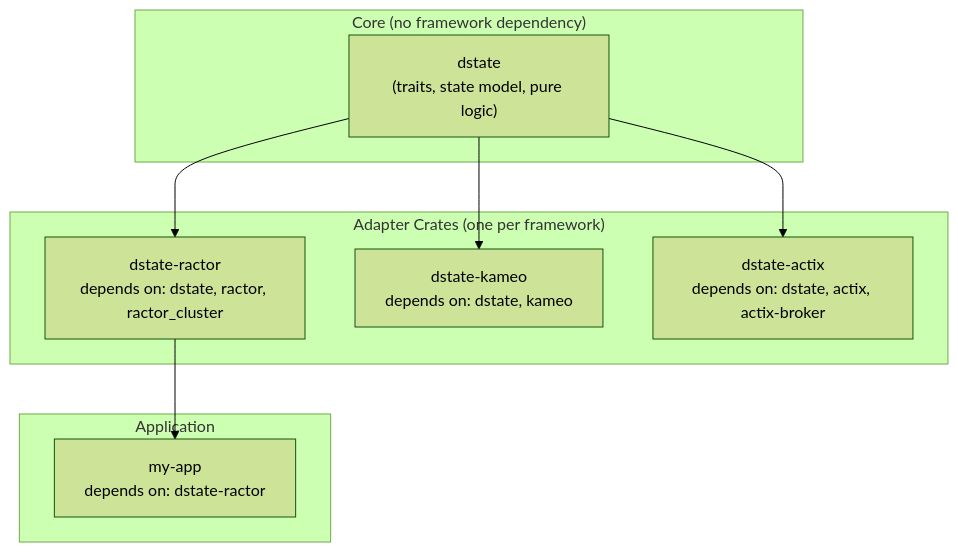
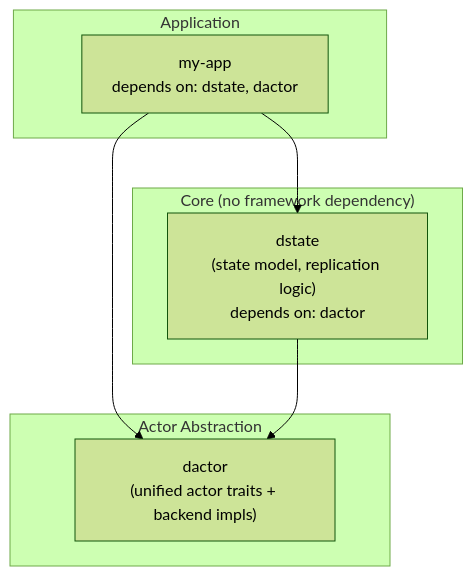
Diagram 14 of 22 in docs/distributed-state-design.md (Yaming-Hub/dstate), drawn with Mermaid (forest theme) before and after one commit. The commit also changed other lines of this file and 30 other files, not shown here.

First line of the commit message:
feat!: migrate dstate to dactor framework (v1.0.0)

````diff
--- a/docs/distributed-state-design.md
+++ b/docs/distributed-state-design.md
@@ -1155,21 +1067,18 @@
 ```mermaid
 graph TD
-    subgraph "Core (no framework dependency)"
-        Core["dstate<br/>(traits, state model, pure logic)"]
+    subgraph "Application"
+        App["my-app<br/>depends on: dstate, dactor"]
     end
 
-    subgraph "Adapter Crates (one per framework)"
-        Ractor["dstate-ractor<br/>depends on: dstate, ractor, ractor_cluster"]
-        Kameo["dstate-kameo<br/>depends on: dstate, kameo"]
-        Actix["dstate-actix<br/>depends on: dstate, actix, actix-broker"]
+    subgraph "Core (no framework dependency)"
+        Core["dstate<br/>(state model, replication logic)<br/>depends on: dactor"]
     end
 
-    subgraph "Application"
-        App["my-app<br/>depends on: dstate-ractor"]
+    subgraph "Actor Abstraction"
+        Dactor["dactor<br/>(unified actor traits + backend impls)"]
     end
 
-    Core --> Ractor
-    Core --> Kameo
-    Core --> Actix
-    Ractor --> App
+    App --> Core
+    App --> Dactor
+    Core --> Dactor
 ```
````
